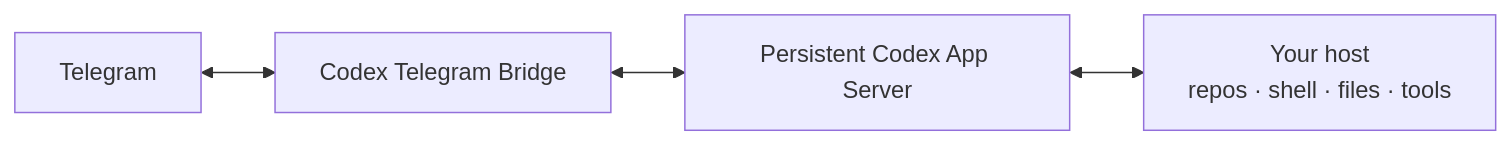
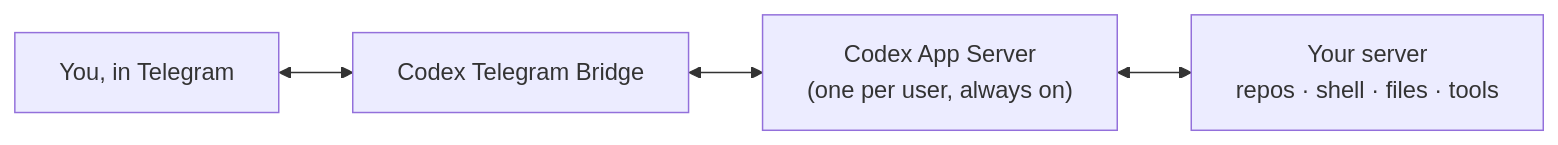
Before and after one commit to maleon17/codex-telegram-bridge: the diagram in README.md, drawn with Mermaid. The commit also changed other lines of this file, not shown here.

````diff
--- a/README.md
+++ b/README.md
@@ -13,6 +17,6 @@
 ```mermaid
 flowchart LR
-    T["Telegram"] <--> B["Codex Telegram Bridge"]
-    B <--> A["Persistent Codex App Server"]
-    A <--> H["Your host<br/>repos · shell · files · tools"]
+    T["You, in Telegram"] <--> B["Codex Telegram Bridge"]
+    B <--> A["Codex App Server<br/>(one per user, always on)"]
+    A <--> H["Your server<br/>repos · shell · files · tools"]
 ```
````
